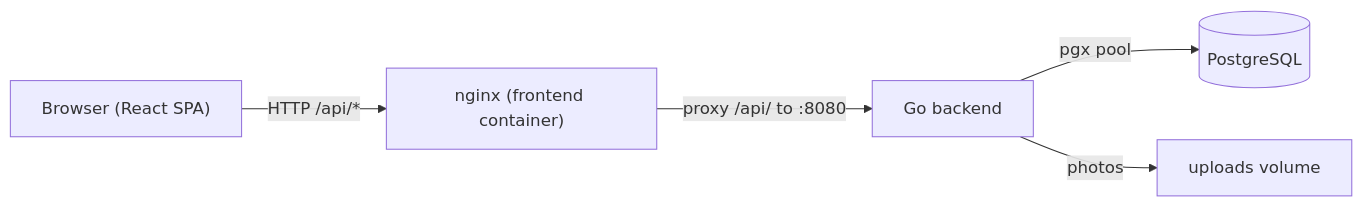
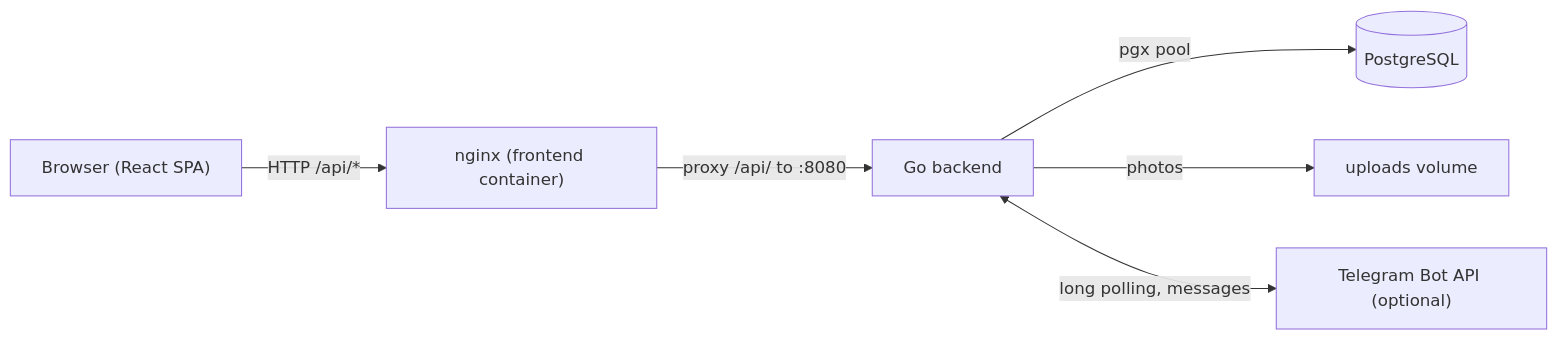
The diagram in backend/docs/ARCHITECTURE.md (0abdurahmon/seller-panel), drawn with Mermaid before and after one commit. The commit also changed other lines of this file and 5 other files, not shown here.

````diff
--- a/backend/docs/ARCHITECTURE.md
+++ b/backend/docs/ARCHITECTURE.md
@@ -7,7 +7,8 @@
 ```mermaid
 flowchart LR
   Browser["Browser (React SPA)"] -->|"HTTP /api/*"| Nginx["nginx (frontend container)"]
   Nginx -->|"proxy /api/ to :8080"| API["Go backend"]
   API -->|"pgx pool"| DB[("PostgreSQL")]
   API -->|"photos"| Files["uploads volume"]
+  API <-->|"long polling, messages"| Bot["Telegram Bot API (optional)"]
 ```
````
